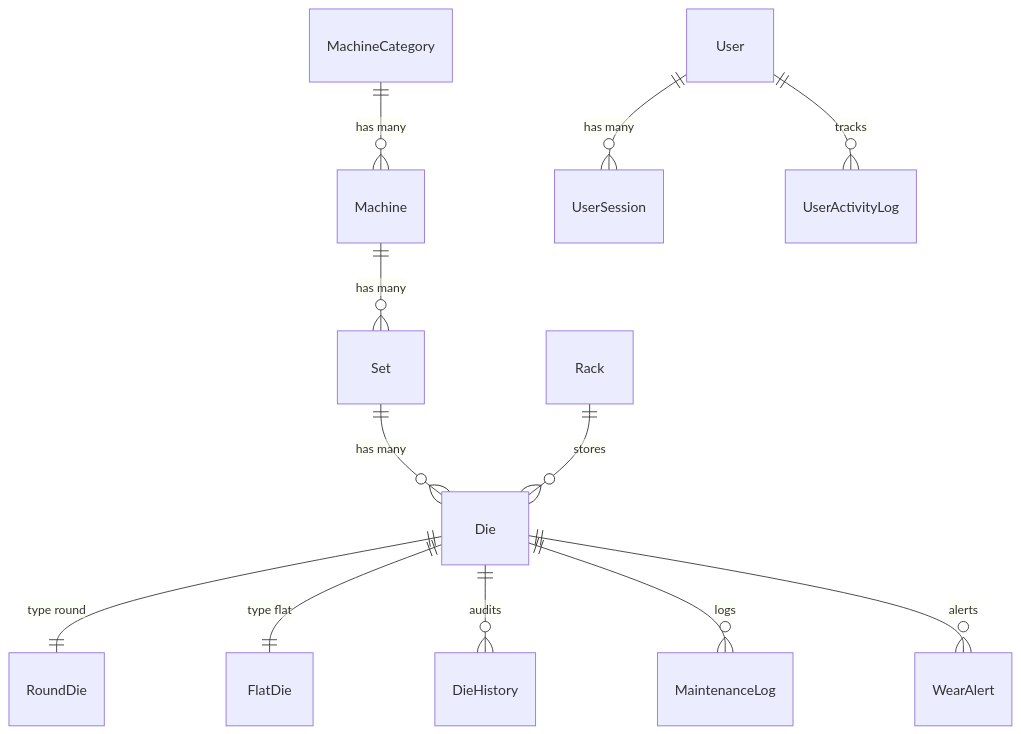
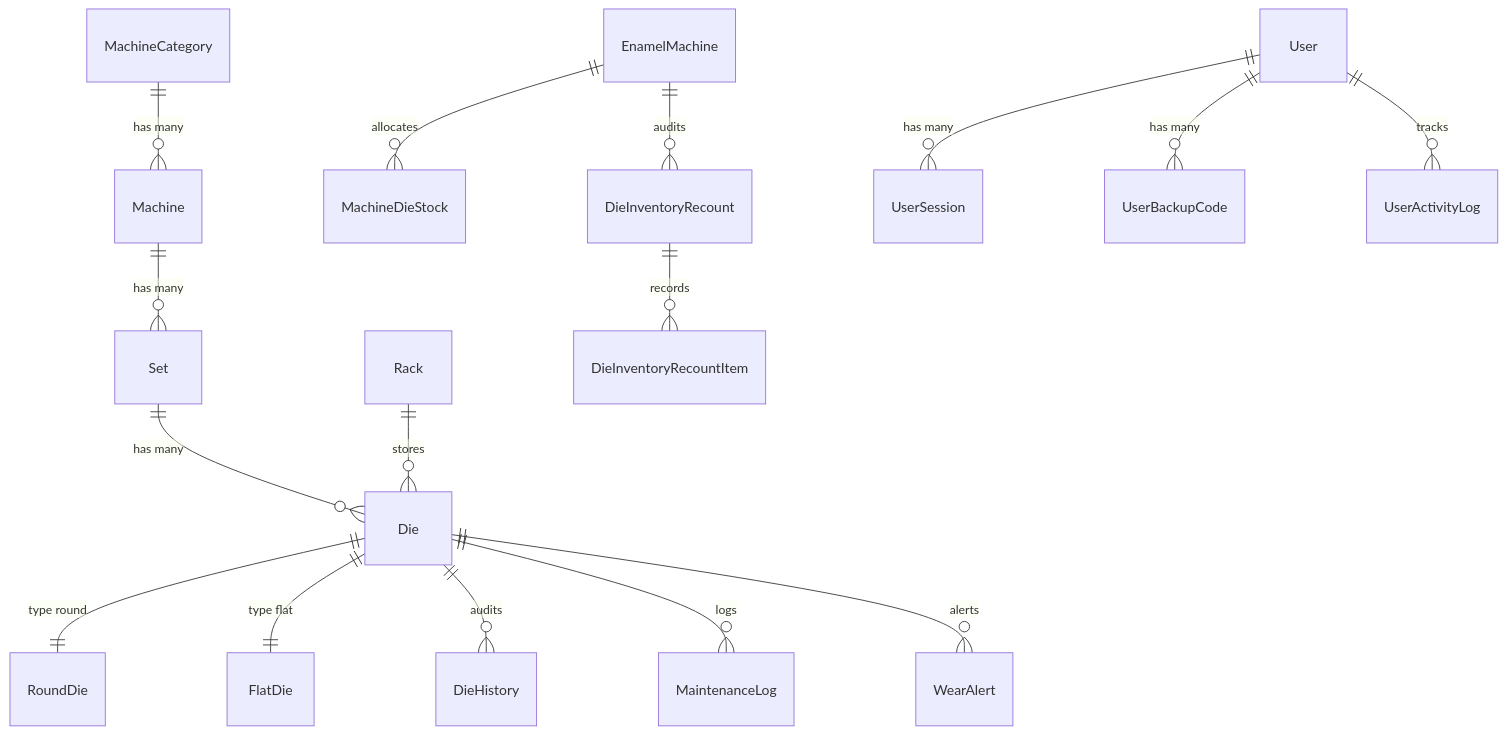
Before and after one commit to sauryah/dms-o2: the diagram in .dev/architecture/database.md, drawn with Mermaid. The commit also changed other lines of this file, not shown here.

Commit message:
docs(database): update schema with recount audits, machine stock, backup codes, and hash chaining

````diff
--- a/.dev/architecture/database.md
+++ b/.dev/architecture/database.md
@@ -10,14 +10,18 @@
 ```mermaid
 erDiagram
     MachineCategory ||--o{ Machine : "has many"
     Machine ||--o{ Set : "has many"
     Set ||--o{ Die : "has many"
     Rack ||--o{ Die : "stores"
     Die ||--|| RoundDie : "type round"
     Die ||--|| FlatDie : "type flat"
     Die ||--o{ DieHistory : "audits"
     Die ||--o{ MaintenanceLog : "logs"
     Die ||--o{ WearAlert : "alerts"
+    EnamelMachine ||--o{ MachineDieStock : "allocates"
+    EnamelMachine ||--o{ DieInventoryRecount : "audits"
+    DieInventoryRecount ||--o{ DieInventoryRecountItem : "records"
     User ||--o{ UserSession : "has many"
+    User ||--o{ UserBackupCode : "has many"
     User ||--o{ UserActivityLog : "tracks"
 ```
````
